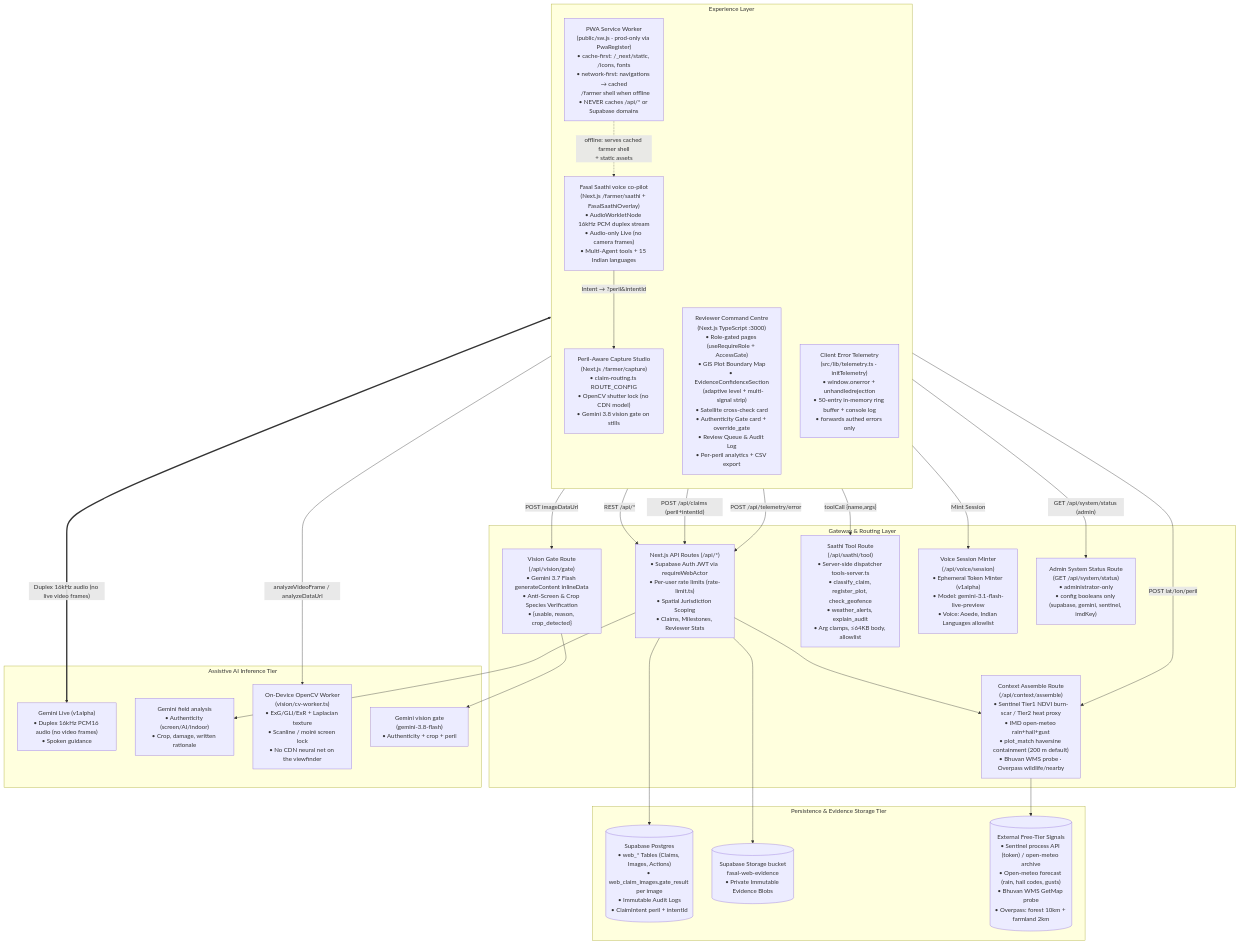
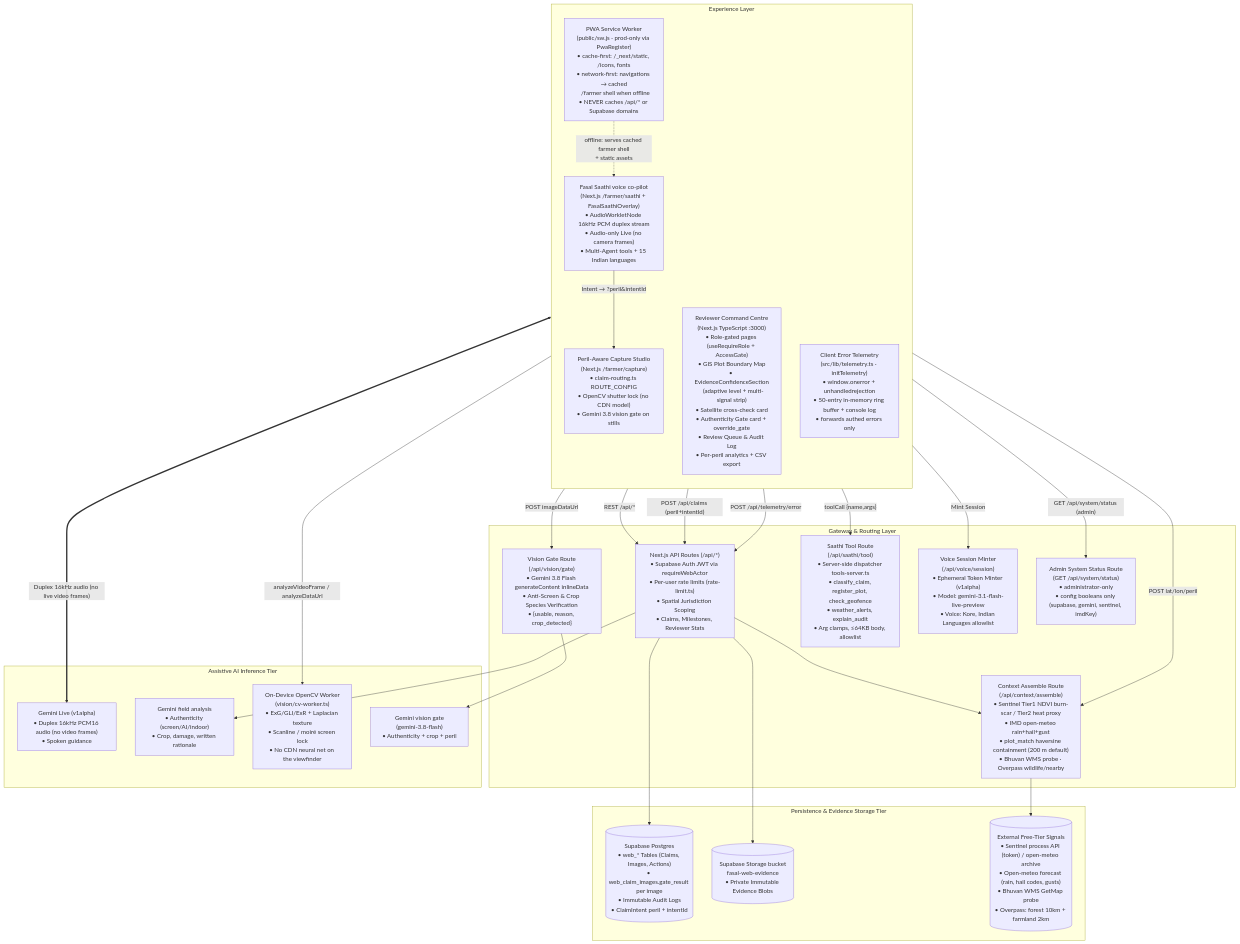
Before and after one commit to dhrrishitvdeka/Fasal-Pramaan: the first of 4 diagrams in docs/architecture.md, drawn with Mermaid. The commit also changed 9 other files, not shown here.

````diff
--- a/docs/architecture.md
+++ b/docs/architecture.md
@@ -11,53 +11,53 @@
 ```mermaid
 flowchart TB
   subgraph ExperienceLayer["Experience Layer"]
     direction TB
     SaathiWeb["Fasal Saathi voice co-pilot\n(Next.js /farmer/saathi + FasalSaathiOverlay)\n• AudioWorkletNode 16kHz PCM duplex stream\n• Audio-only Live (no camera frames)\n• Multi-Agent tools + 15 Indian languages"]
     CaptureWeb["Peril-Aware Capture Studio\n(Next.js /farmer/capture)\n• claim-routing.ts ROUTE_CONFIG\n• OpenCV shutter lock (no CDN model)\n• Gemini 3.8 vision gate on stills"]
     Dashboard["Reviewer Command Centre\n(Next.js TypeScript :3000)\n• Role-gated pages (useRequireRole + AccessGate)\n• GIS Plot Boundary Map\n• EvidenceConfidenceSection\n  (adaptive level + multi-signal strip)\n• Satellite cross-check card\n• Authenticity Gate card + override_gate\n• Review Queue & Audit Log\n• Per-peril analytics + CSV export"]
     TelemetryPath["Client Error Telemetry\n(src/lib/telemetry.ts · initTelemetry)\n• window.onerror + unhandledrejection\n• 50-entry in-memory ring buffer + console log\n• forwards authed errors only"]
     PwaShell["PWA Service Worker\n(public/sw.js · prod-only via PwaRegister)\n• cache-first: /_next/static, /icons, fonts\n• network-first: navigations → cached\n  /farmer shell when offline\n• NEVER caches /api/* or Supabase domains"]
   end
 
   subgraph GatewayLayer["Gateway & Routing Layer"]
     API["Next.js API Routes (/api/*)\n• Supabase Auth JWT via requireWebActor\n• Per-user rate limits (rate-limit.ts)\n• Spatial Jurisdiction Scoping\n• Claims, Milestones, Reviewer Stats"]
-    VisionGate["Vision Gate Route\n(/api/vision/gate)\n• Gemini 3.7 Flash generateContent inlineData\n• Anti-Screen & Crop Species Verification\n• {usable, reason, crop_detected}"]
+    VisionGate["Vision Gate Route\n(/api/vision/gate)\n• Gemini 3.8 Flash generateContent inlineData\n• Anti-Screen & Crop Species Verification\n• {usable, reason, crop_detected}"]
     SaathiTool["Saathi Tool Route\n(/api/saathi/tool)\n• Server-side dispatcher tools-server.ts\n• classify_claim, register_plot, check_geofence\n• weather_alerts, explain_audit\n• Arg clamps, ≤64KB body, allowlist"]
-    VoiceSession["Voice Session Minter\n(/api/voice/session)\n• Ephemeral Token Minter (v1alpha)\n• Model: gemini-3.1-flash-live-preview\n• Voice: Aoede, Indian Languages allowlist"]
+    VoiceSession["Voice Session Minter\n(/api/voice/session)\n• Ephemeral Token Minter (v1alpha)\n• Model: gemini-3.1-flash-live-preview\n• Voice: Kore, Indian Languages allowlist"]
     ContextAssemble["Context Assemble Route\n(/api/context/assemble)\n• Sentinel Tier1 NDVI burn-scar / Tier2 heat proxy\n• IMD open-meteo rain+hail+gust\n• plot_match haversine containment (200 m default)\n• Bhuvan WMS probe · Overpass wildlife/nearby"]
     SystemStatus["Admin System Status Route\n(GET /api/system/status)\n• administrator-only\n• config booleans only (supabase, gemini, sentinel, imdKey)"]
   end
 
   subgraph AIServiceTier["Assistive AI Inference Tier"]
     GeminiLive["Gemini Live (v1alpha)\n• Duplex 16kHz PCM16 audio (no video frames)\n• Spoken guidance"]
     GeminiAnalysis["Gemini field analysis\n• Authenticity (screen/AI/indoor)\n• Crop, damage, written rationale"]
     OnDeviceCV["On-Device OpenCV Worker\n(vision/cv-worker.ts)\n• ExG/GLI/ExR + Laplacian texture\n• Scanline / moiré screen lock\n• No CDN neural net on the viewfinder"]
     GeminiLLM["Gemini vision gate\n(gemini-3.8-flash)\n• Authenticity + crop + peril"]
   end
 
   subgraph StorageTier["Persistence & Evidence Storage Tier"]
     Postgres[("Supabase Postgres\n• web_* Tables (Claims, Images, Actions)\n• web_claim_images.gate_result per image\n• Immutable Audit Logs\n• ClaimIntent peril + intentId")]
     Storage[("Supabase Storage bucket\nfasal-web-evidence\n• Private Immutable Evidence Blobs")]
     ExternalSignals[("External Free-Tier Signals\n• Sentinel process API (token) / open-meteo archive\n• Open-meteo forecast (rain, hail codes, gusts)\n• Bhuvan WMS GetMap probe\n• Overpass: forest 10km + farmland 2km")]
   end
 
   SaathiWeb <== "Duplex 16kHz audio (no live video frames)" ==> GeminiLive
   API --> GeminiAnalysis
   SaathiWeb -->|"Mint Session"| VoiceSession
   SaathiWeb -->|"Intent → ?peril&intentId"| CaptureWeb
   SaathiWeb -->|"toolCall {name,args}"| SaathiTool
   CaptureWeb -->|"analyzeVideoFrame / analyzeDataUrl"| OnDeviceCV
   CaptureWeb -->|"POST imageDataUrl"| VisionGate
   VisionGate --> GeminiLLM
   CaptureWeb -->|"POST lat/lon/peril"| ContextAssemble
   ContextAssemble --> ExternalSignals
   Dashboard -->|"REST /api/*"| API
   Dashboard -->|"GET /api/system/status (admin)"| SystemStatus
   CaptureWeb -->|"POST /api/claims (peril+intentId)"| API
   PwaShell -.->|"offline: serves cached farmer shell\n+ static assets"| SaathiWeb
   TelemetryPath -->|"POST /api/telemetry/error"| API
 
   API --> Postgres
   API --> Storage
   API --> ContextAssemble
 ```
````
